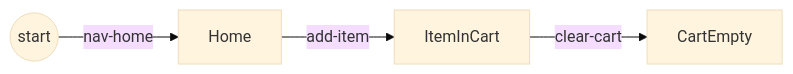
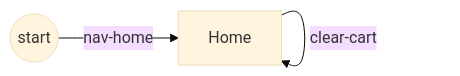
One commit to deviate-dv8/waygraph changed the first of 3 diagrams in docs/guides/flows.md. Above: the diagram before and after it, drawn with Mermaid (base theme). The commit also changed other lines of this file and 36 other files, not shown here.

````diff
--- a/docs/guides/flows.md
+++ b/docs/guides/flows.md
@@ -7,4 +7,6 @@
 ```mermaid
 graph LR
-  S((start)) -->|nav-home| H[Home] -->|add-item| I[ItemInCart] -->|clear-cart| C[CartEmpty]
+  S((start)) -->|nav-home| H[Home]
+  H -->|add-item| H
+  H -->|clear-cart| H
 ```
````
